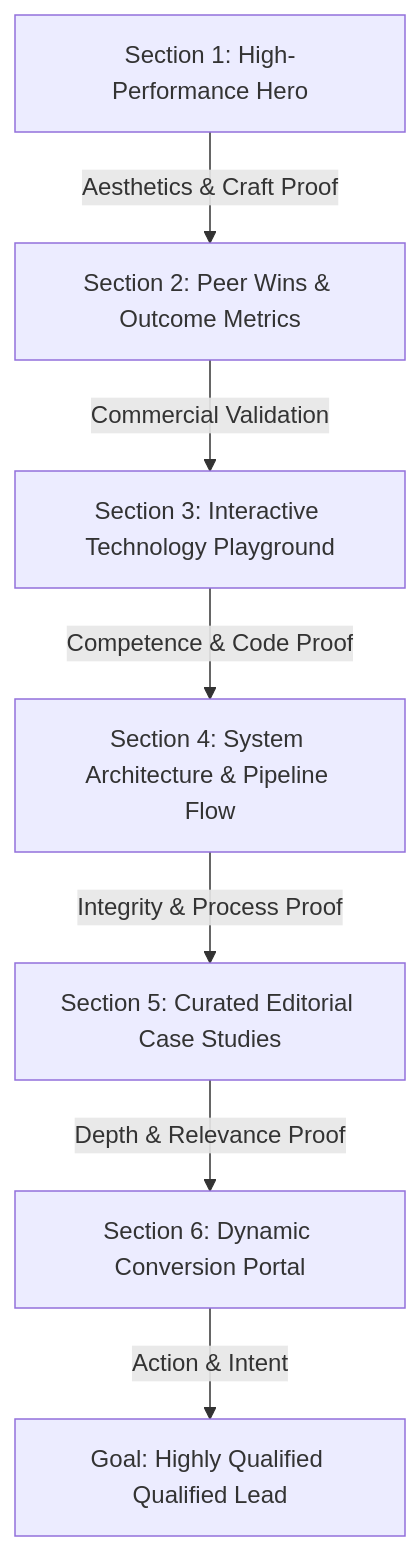
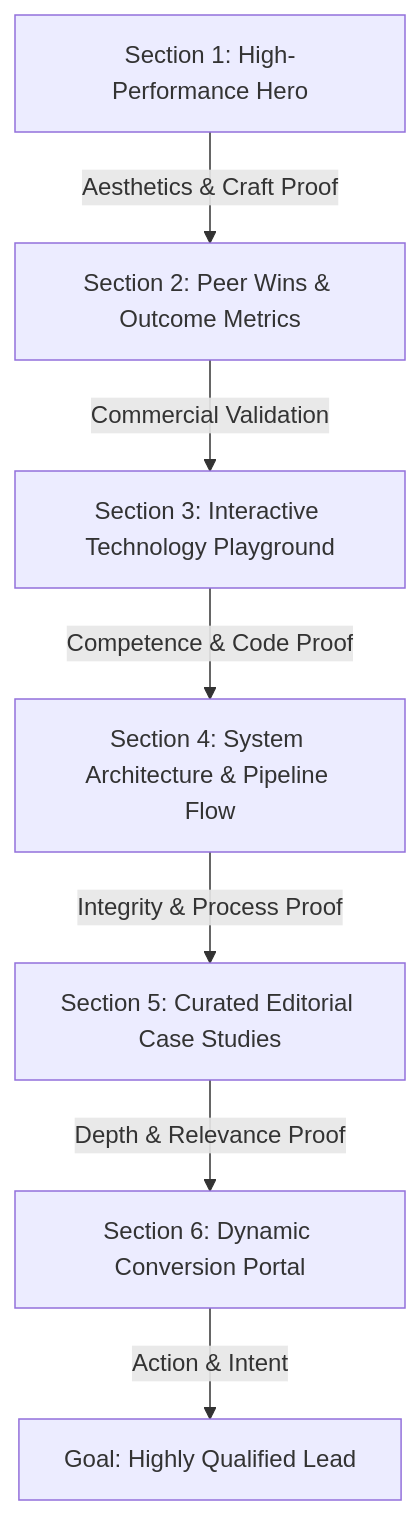
Before and after one commit to ShubhamGarje99/client-portfolio: the diagram in research/strategy_document.md, drawn with Mermaid. The commit also changed other lines of this file and 2 other files, not shown here.

````diff
--- a/research/strategy_document.md
+++ b/research/strategy_document.md
@@ -58,9 +58,9 @@
 ```mermaid
 graph TD
     A[Section 1: High-Performance Hero] -->|Aesthetics & Craft Proof| B[Section 2: Peer Wins & Outcome Metrics]
     B -->|Commercial Validation| C[Section 3: Interactive Technology Playground]
     C -->|Competence & Code Proof| D[Section 4: System Architecture & Pipeline Flow]
     D -->|Integrity & Process Proof| E[Section 5: Curated Editorial Case Studies]
     E -->|Depth & Relevance Proof| F[Section 6: Dynamic Conversion Portal]
-    F -->|Action & Intent| G[Goal: Highly Qualified Qualified Lead]
+    F -->|Action & Intent| G[Goal: Highly Qualified Lead]
 ```
````
